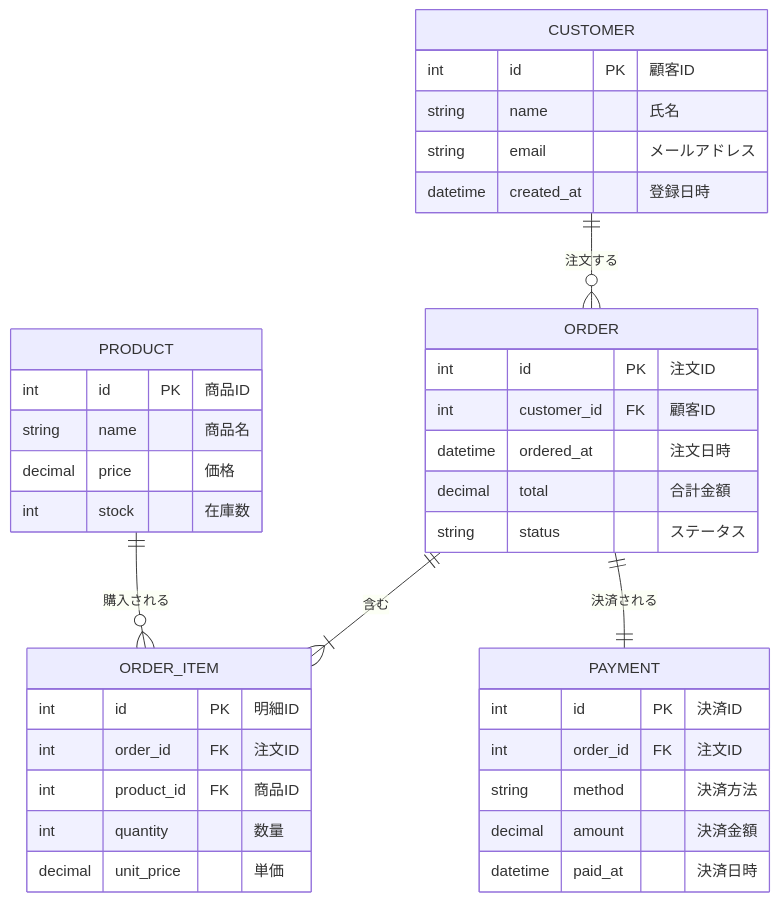
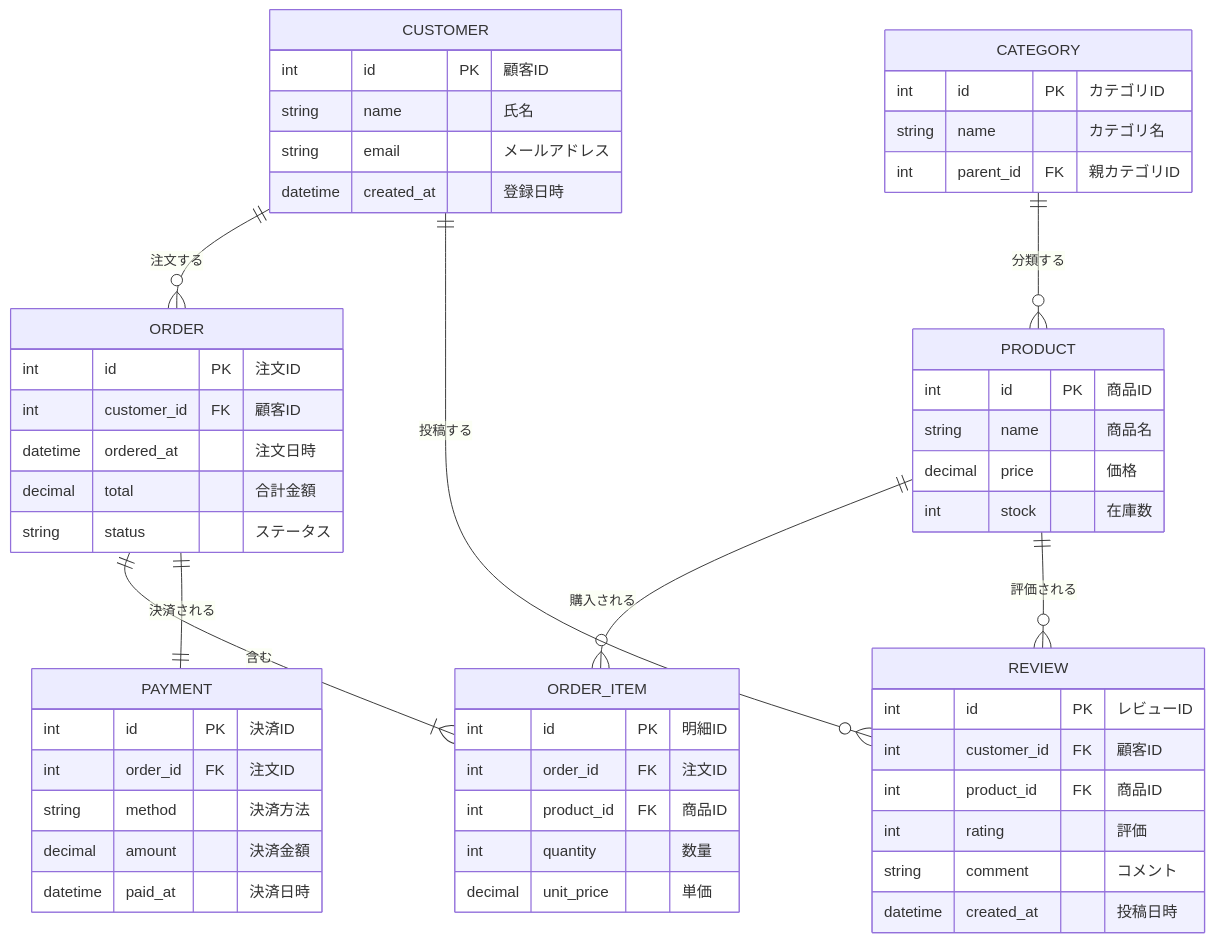
One commit to fuu7510-rgb/waiwaier-mermaid changed the diagram in sample.mmd. Above: the diagram before and after it, drawn with Mermaid. The commit also changed 7 other files, not shown here.

```diff
--- a/sample.mmd
+++ b/sample.mmd
@@ -1,43 +1,61 @@
 erDiagram
     CUSTOMER {
         int id PK "顧客ID"
         string name "氏名"
         string email "メールアドレス"
         datetime created_at "登録日時"
     }
 
     PRODUCT {
         int id PK "商品ID"
         string name "商品名"
         decimal price "価格"
         int stock "在庫数"
     }
 
     ORDER {
         int id PK "注文ID"
         int customer_id FK "顧客ID"
         datetime ordered_at "注文日時"
         decimal total "合計金額"
         string status "ステータス"
     }
 
     ORDER_ITEM {
         int id PK "明細ID"
         int order_id FK "注文ID"
         int product_id FK "商品ID"
         int quantity "数量"
         decimal unit_price "単価"
     }
 
     PAYMENT {
         int id PK "決済ID"
         int order_id FK "注文ID"
         string method "決済方法"
         decimal amount "決済金額"
         datetime paid_at "決済日時"
     }
 
+    CATEGORY {
+        int id PK "カテゴリID"
+        string name "カテゴリ名"
+        int parent_id FK "親カテゴリID"
+    }
+
+    REVIEW {
+        int id PK "レビューID"
+        int customer_id FK "顧客ID"
+        int product_id FK "商品ID"
+        int rating "評価"
+        string comment "コメント"
+        datetime created_at "投稿日時"
+    }
+
     CUSTOMER ||--o{ ORDER : "注文する"
     ORDER ||--|{ ORDER_ITEM : "含む"
     PRODUCT ||--o{ ORDER_ITEM : "購入される"
     ORDER ||--|| PAYMENT : "決済される"
+    CATEGORY ||--o{ PRODUCT : "分類する"
+    CUSTOMER ||--o{ REVIEW : "投稿する"
+    PRODUCT ||--o{ REVIEW : "評価される"
```
